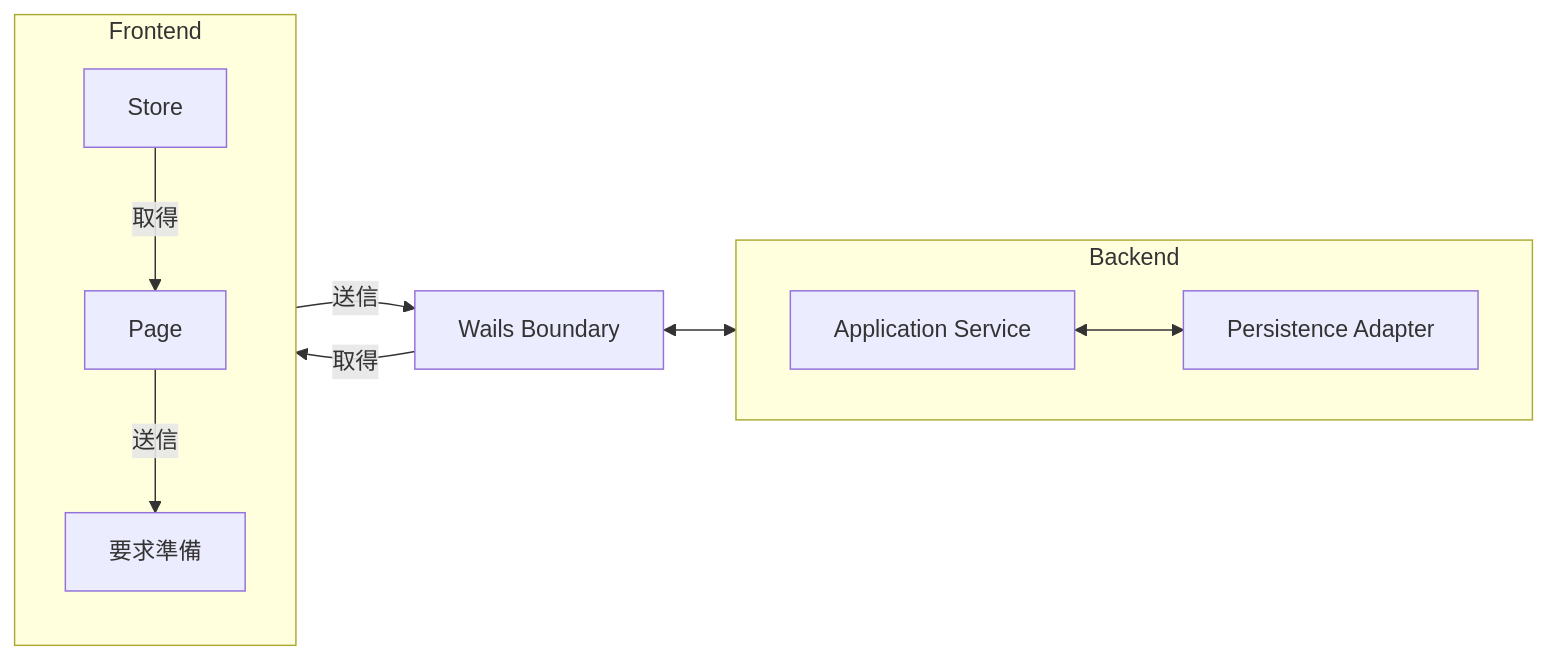
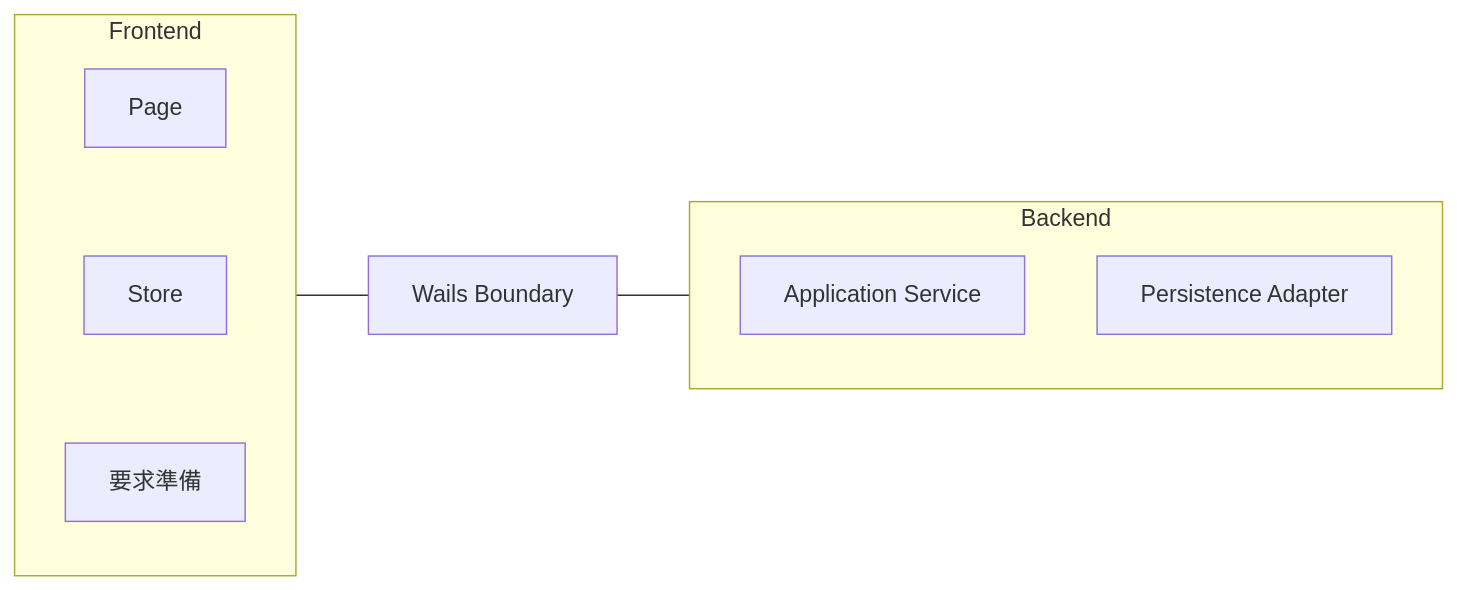
The diagram in docs/prototype/phase-5-windows-application-v2.md (teru-0529/project-ariadne-prototype), drawn with Mermaid before and after one commit. The commit also changed other lines of this file, not shown here.

Commit message:
docs(phase5): simplify architecture overview to component structure

````diff
--- a/docs/prototype/phase-5-windows-application-v2.md
+++ b/docs/prototype/phase-5-windows-application-v2.md
@@ -237,24 +237,20 @@
 ```mermaid
 flowchart LR
     subgraph Frontend
-        direction TB
+        Page["Page"]
         Store["Store"]
-        Page["Page"]
-        Outbound["要求準備"]
-        Store -->|取得| Page
-        Page -->|送信| Outbound
+        Prep["要求準備"]
     end
 
     WB["Wails Boundary"]
 
     subgraph Backend
-        direction LR
         AS["Application Service"]
         PA["Persistence Adapter"]
-        AS <--> PA
     end
 
-    WB -->|取得| Store
-    Outbound -->|送信| WB
-    WB <--> AS
+    Page ~~~ Store
+    Store ~~~ Prep
+    Frontend --- WB
+    WB --- Backend
 ```
````
